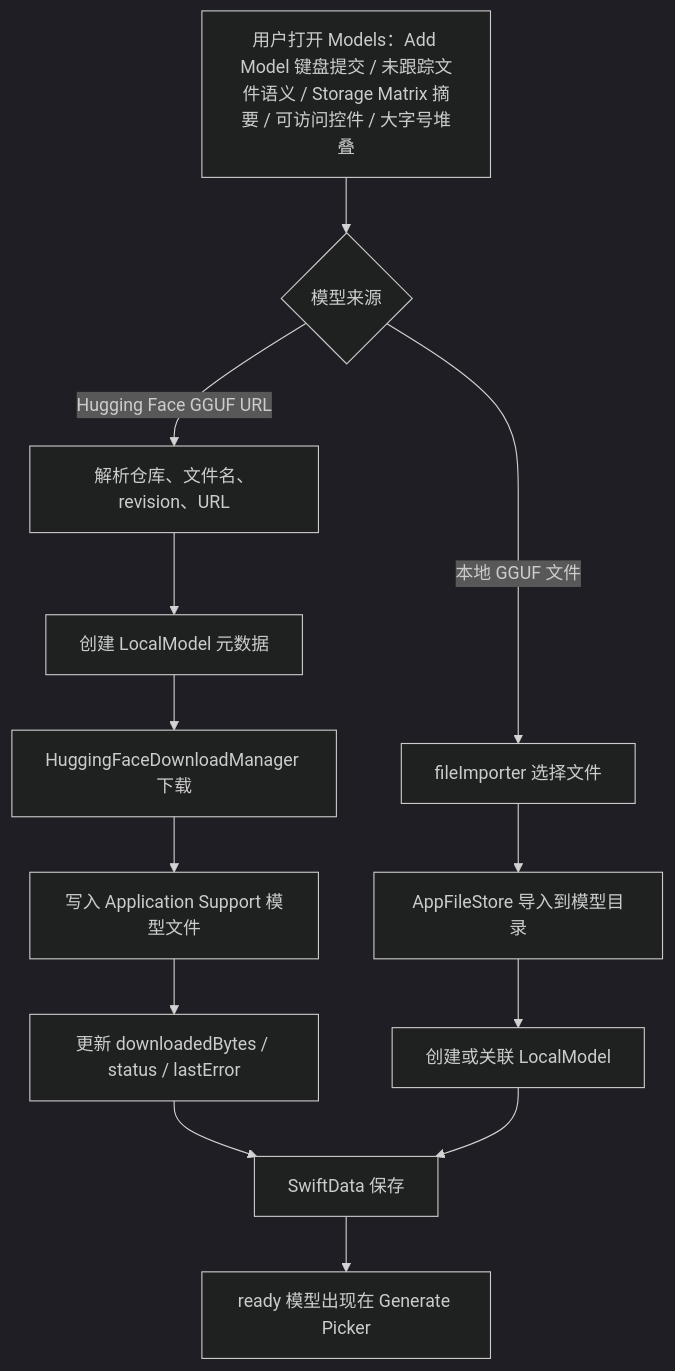
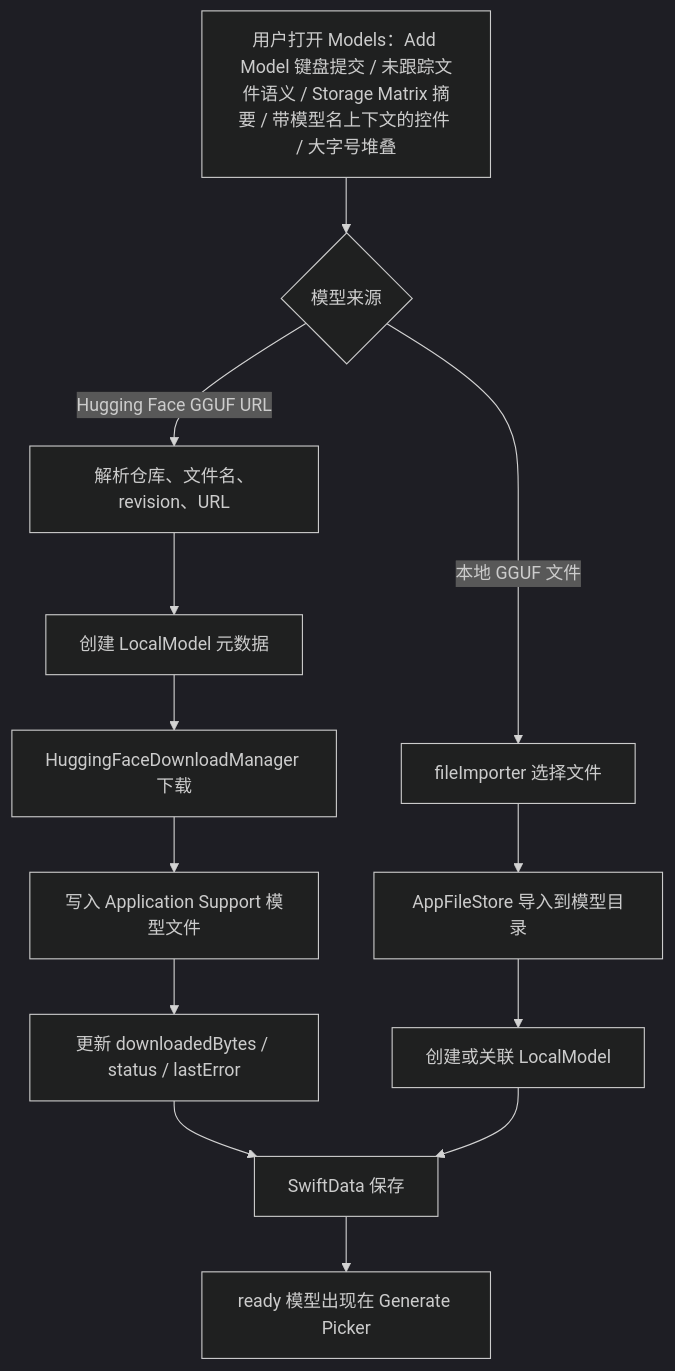
One commit to Altman-sam114/118 changed the third of 7 diagrams in md/flow/flowchart.md. Above: the diagram before and after it, drawn with Mermaid (dark theme). The commit also changed other lines of this file and 5 other files, not shown here.

````diff
--- a/md/flow/flowchart.md
+++ b/md/flow/flowchart.md
@@ -66,15 +66,15 @@
 ```mermaid
 flowchart TD
-  A["用户打开 Models：Add Model 键盘提交 / 未跟踪文件语义 / Storage Matrix 摘要 / 可访问控件 / 大字号堆叠"] --> B{"模型来源"}
+  A["用户打开 Models：Add Model 键盘提交 / 未跟踪文件语义 / Storage Matrix 摘要 / 带模型名上下文的控件 / 大字号堆叠"] --> B{"模型来源"}
   B -- "Hugging Face GGUF URL" --> C["解析仓库、文件名、revision、URL"]
   C --> D["创建 LocalModel 元数据"]
   D --> E["HuggingFaceDownloadManager 下载"]
   E --> F["写入 Application Support 模型文件"]
   F --> G["更新 downloadedBytes / status / lastError"]
   B -- "本地 GGUF 文件" --> H["fileImporter 选择文件"]
   H --> I["AppFileStore 导入到模型目录"]
   I --> J["创建或关联 LocalModel"]
   G --> K["SwiftData 保存"]
   J --> K
   K --> L["ready 模型出现在 Generate Picker"]
 ```
````
